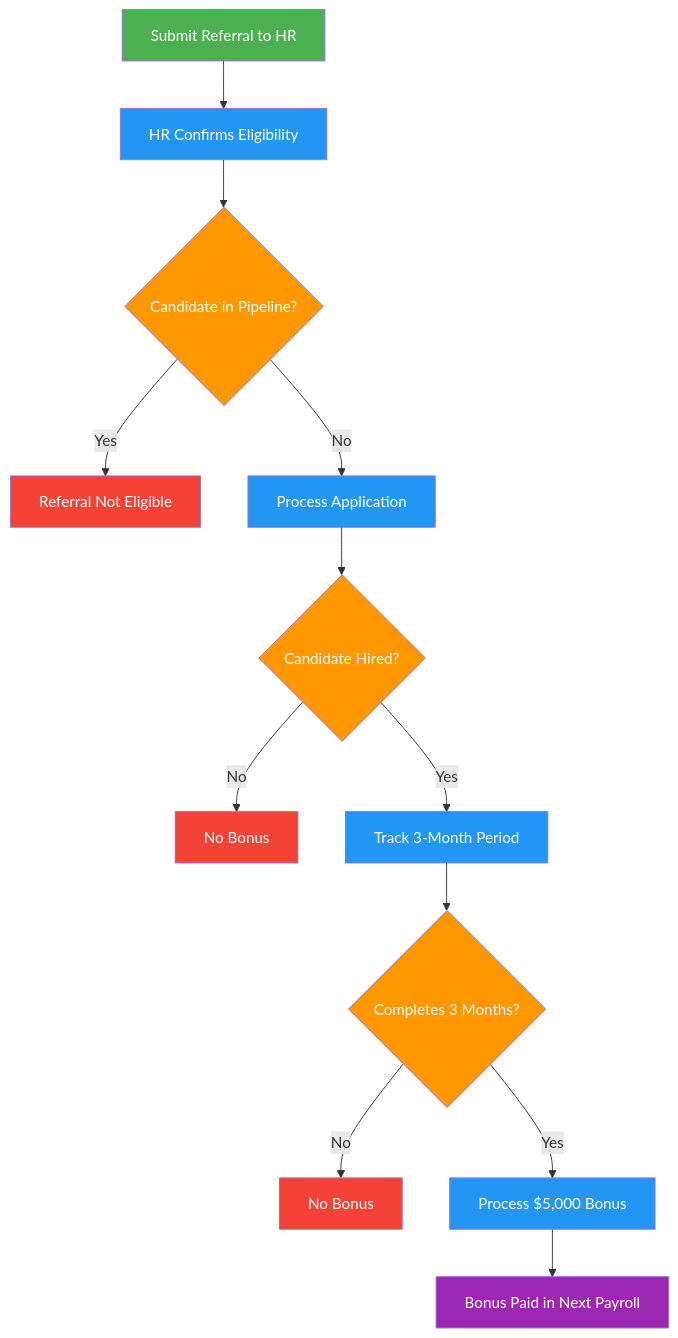
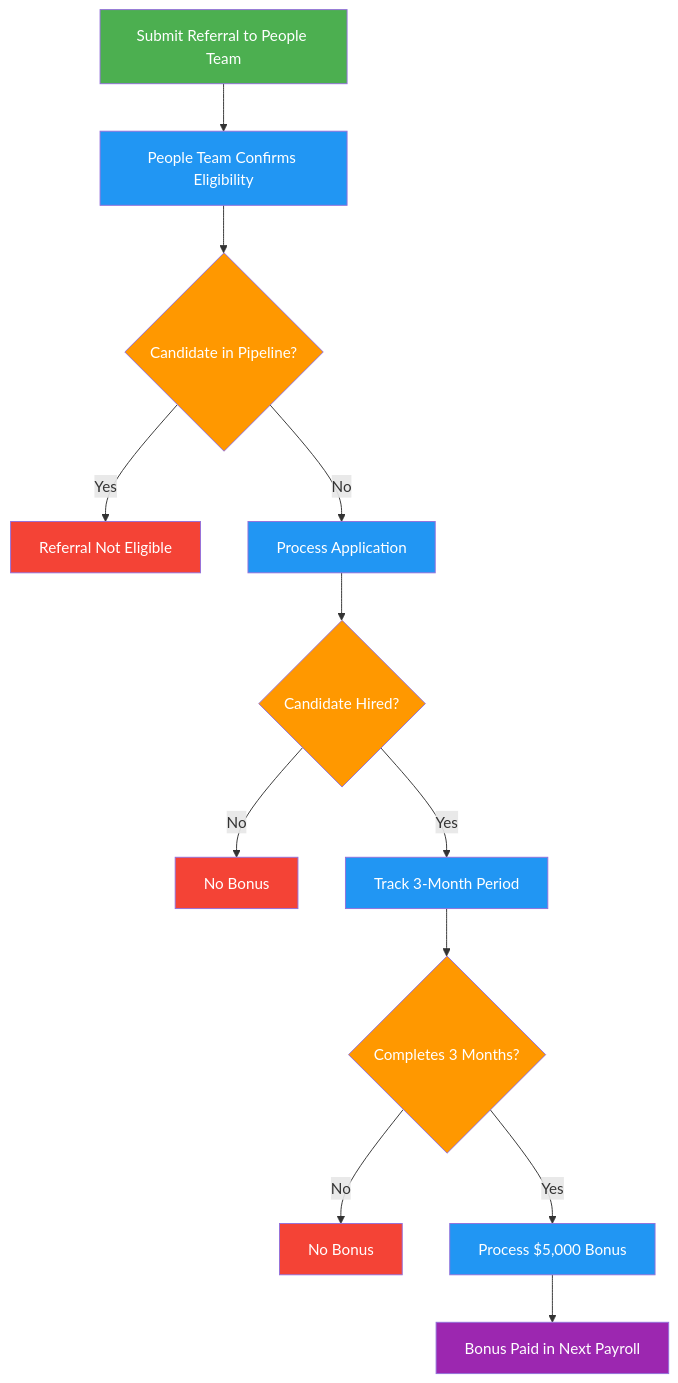
The diagram in docs/en/finance/referral-bonus.md (ultralytics/handbook), drawn with Mermaid before and after one commit. The commit also changed other lines of this file and 9 other files, not shown here.

Commit message:
Rename HR team to People team (#358)

````diff
--- a/docs/en/finance/referral-bonus.md
+++ b/docs/en/finance/referral-bonus.md
@@ -63,20 +63,20 @@
 ```mermaid
 graph TD
-    A[Submit Referral to HR]:::start --> B[HR Confirms Eligibility]:::proc
+    A[Submit Referral to People Team]:::start --> B[People Team Confirms Eligibility]:::proc
     B --> C{Candidate in Pipeline?}:::decide
     C -->|Yes| D[Referral Not Eligible]:::error
     C -->|No| E[Process Application]:::proc
     E --> F{Candidate Hired?}:::decide
     F -->|No| G[No Bonus]:::error
     F -->|Yes| H[Track 3-Month Period]:::proc
     H --> I{Completes 3 Months?}:::decide
     I -->|No| J[No Bonus]:::error
     I -->|Yes| K[Process $5,000 Bonus]:::proc
     K --> L[Bonus Paid in Next Payroll]:::out
 
     classDef start fill:#4CAF50,color:#fff
     classDef proc fill:#2196F3,color:#fff
     classDef decide fill:#FF9800,color:#fff
     classDef out fill:#9C27B0,color:#fff
     classDef error fill:#F44336,color:#fff
 ```
````
